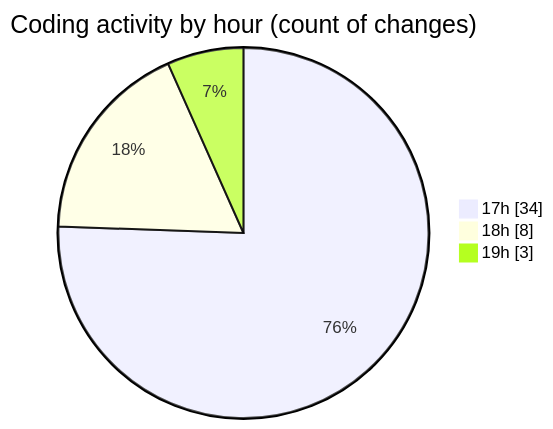
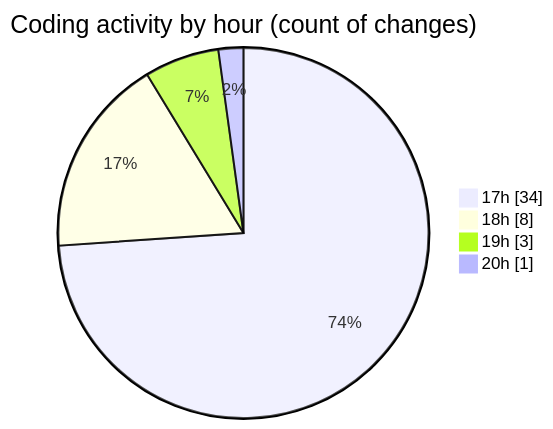
Before and after one commit to lephambinh05/code-tracking: the second of 2 diagrams in 2025-08-03/boz-rat/README.md, drawn with Mermaid. The commit also changed other lines of this file and 1 other file, not shown here.

````diff
--- a/2025-08-03/boz-rat/README.md
+++ b/2025-08-03/boz-rat/README.md
@@ -49,7 +49,8 @@
 ```mermaid
 pie showData
 title Coding activity by hour (count of changes)
 "17h" : 34
 "18h" : 8
 "19h" : 3
+"20h" : 1
 ```
````
